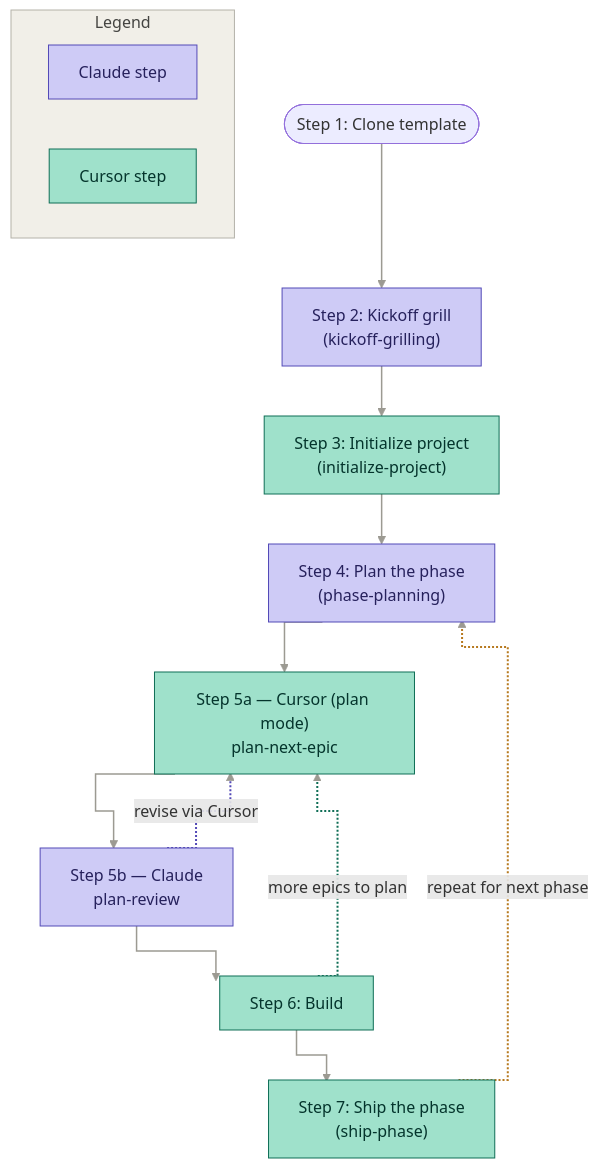
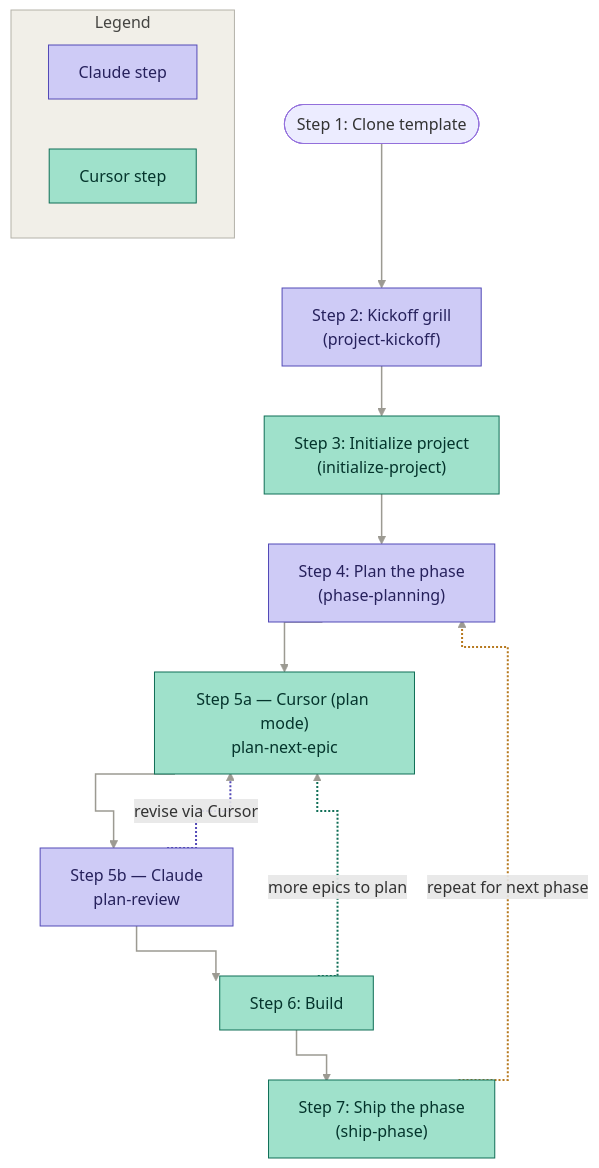
One commit to aaronwllms/seminova changed the diagram in docs/WORKFLOW_GUIDE.md. Above: the diagram before and after it, drawn with Mermaid. The commit also changed other lines of this file and 5 other files, not shown here.

First line of the commit message:
docs: rename Claude skills to project-kickoff and skill-authoring

````diff
--- a/docs/WORKFLOW_GUIDE.md
+++ b/docs/WORKFLOW_GUIDE.md
@@ -122,35 +122,35 @@
 ```mermaid
 %%{init: {'flowchart': {'curve': 'stepAfter'}}}%%
 flowchart TD
     Start(["Step 1: Clone template"])
-    KG["Step 2: Kickoff grill<br/>(kickoff-grilling)"]
+    KG["Step 2: Kickoff grill<br/>(project-kickoff)"]
     IP["Step 3: Initialize project<br/>(initialize-project)"]
     PP["Step 4: Plan the phase<br/>(phase-planning)"]
     P5["Step 5a — Cursor (plan mode)<br/>plan-next-epic"]
     R5["Step 5b — Claude<br/>plan-review"]
     BD["Step 6: Build"]
     SP["Step 7: Ship the phase<br/>(ship-phase)"]
 
     Start --> KG --> IP --> PP --> P5 --> R5 --> BD --> SP
     R5 -.->|"revise via Cursor"| P5
     BD -.->|"more epics to plan"| P5
     SP -.->|"repeat for next phase"| PP
 
     subgraph Legend["Legend"]
         direction LR
         L1["Claude step"]
         L2["Cursor step"]
     end
 
     classDef claudeStep fill:#CECBF6,stroke:#534AB7,color:#26215C
     classDef cursorStep fill:#9FE1CB,stroke:#0F6E56,color:#04342C
     class KG,PP,R5 claudeStep
     class IP,BD,SP,P5 cursorStep
     class L1 claudeStep
     class L2 cursorStep
     style Legend fill:#F1EFE8,stroke:#B4B2A9,color:#444441
     linkStyle default stroke:#9c9a92,stroke-width:1.5px
     linkStyle 7 stroke:#534AB7,stroke-width:2px
     linkStyle 8 stroke:#0F6E56,stroke-width:2px
     linkStyle 9 stroke:#B7791F,stroke-width:2px
 ```
````
